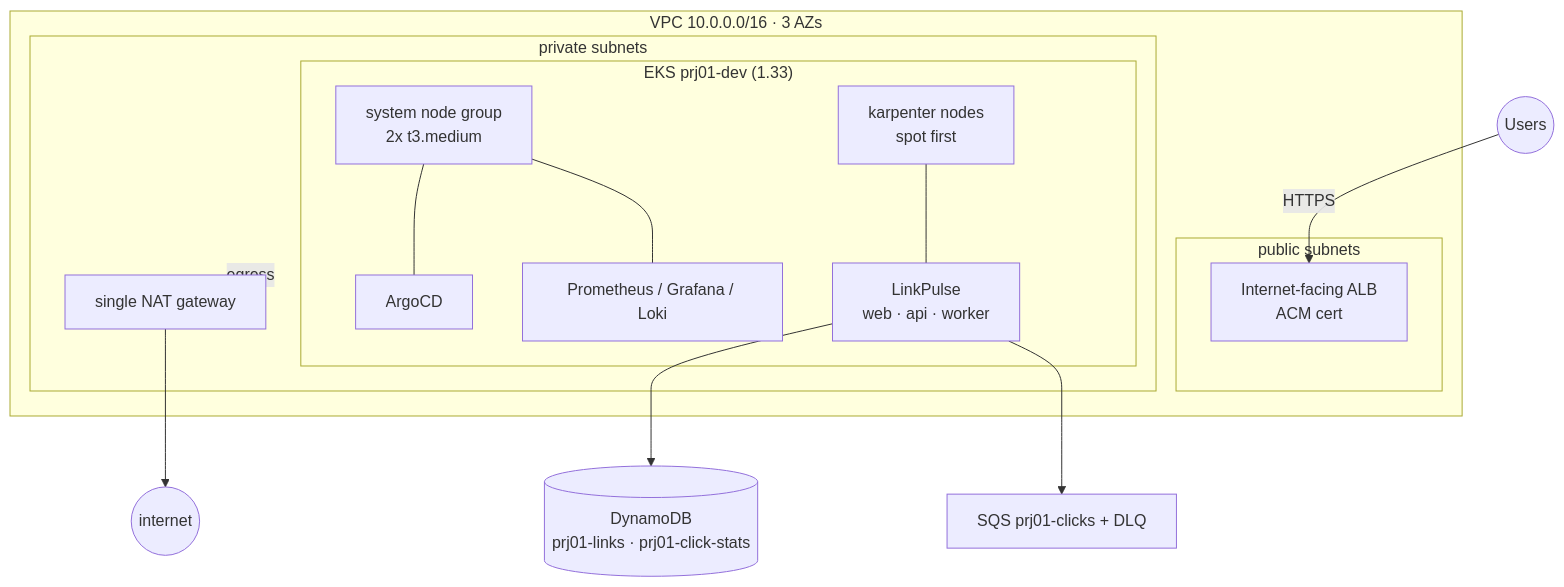
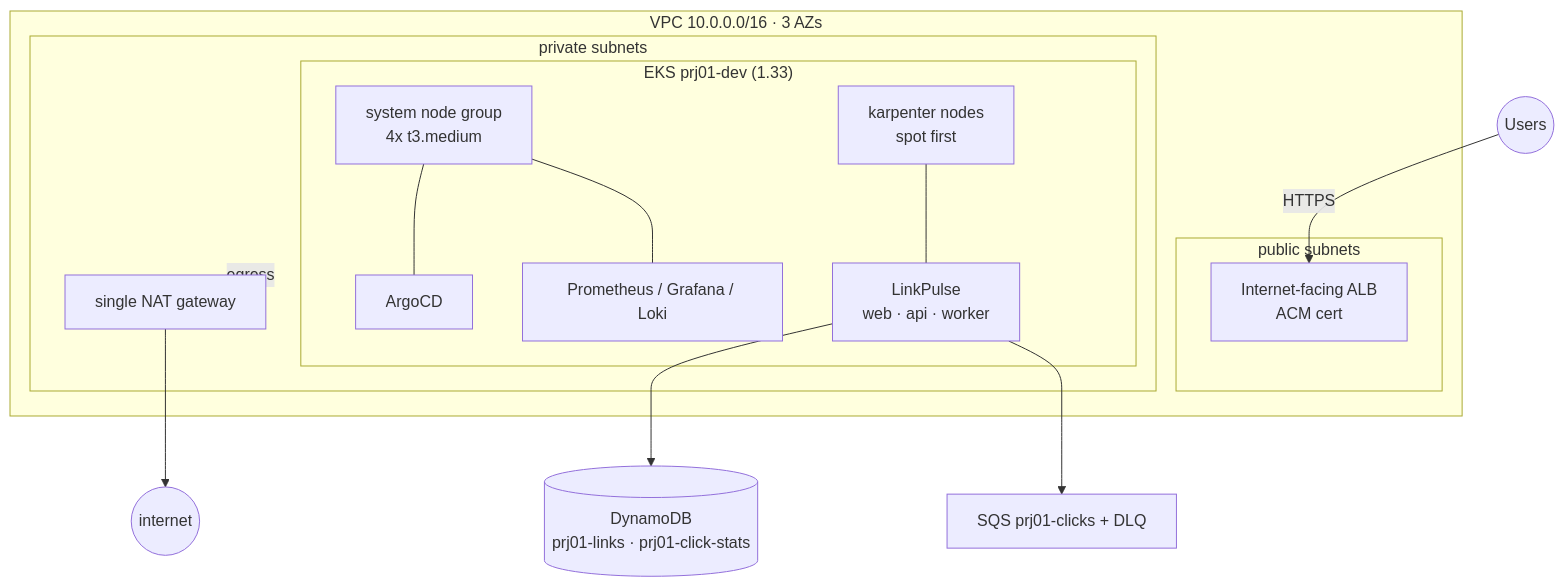
Before and after one commit to maorbrantz/prj01-eks-gitops-platform: the first of 3 diagrams in docs/architecture.md, drawn with Mermaid. The commit also changed other lines of this file and 4 other files, not shown here.

Commit message:
docs: make monitoring and canary analysis definitive, fix system node count

````diff
--- a/docs/architecture.md
+++ b/docs/architecture.md
@@ -28,24 +30,24 @@
 ```mermaid
 flowchart TB
     User((Users)) -- HTTPS --> ALB[Internet-facing ALB<br/>ACM cert]
 
     subgraph VPC["VPC 10.0.0.0/16 · 3 AZs"]
         subgraph Public["public subnets"]
             ALB
         end
         subgraph Private["private subnets"]
             subgraph EKS["EKS prj01-dev (1.33)"]
-                SYS["system node group<br/>2x t3.medium"]
+                SYS["system node group<br/>4x t3.medium"]
                 KARP["karpenter nodes<br/>spot first"]
                 SYS --- Argo[ArgoCD]
                 SYS --- Prom[Prometheus / Grafana / Loki]
                 KARP --- App[LinkPulse<br/>web · api · worker]
             end
             NAT[single NAT gateway]
         end
     end
 
     App --> DDB[(DynamoDB<br/>prj01-links · prj01-click-stats)]
     App --> SQS[SQS prj01-clicks + DLQ]
     Private -- egress --> NAT --> Internet((internet))
 ```
````
